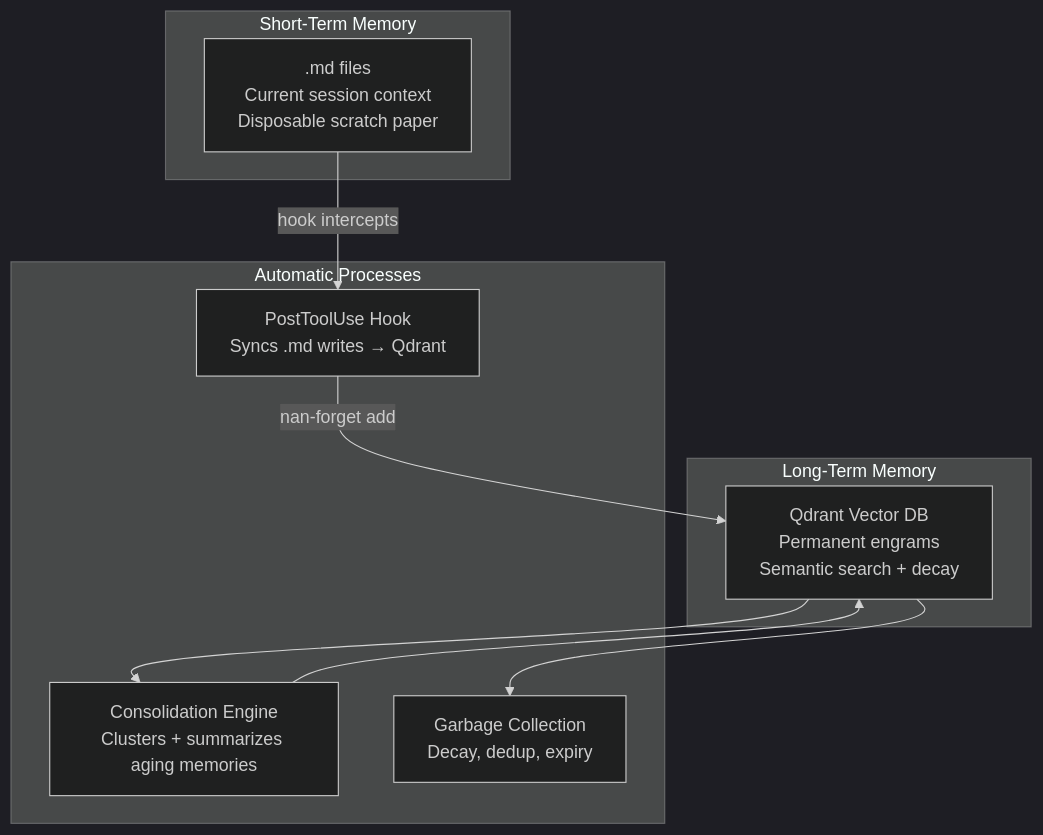
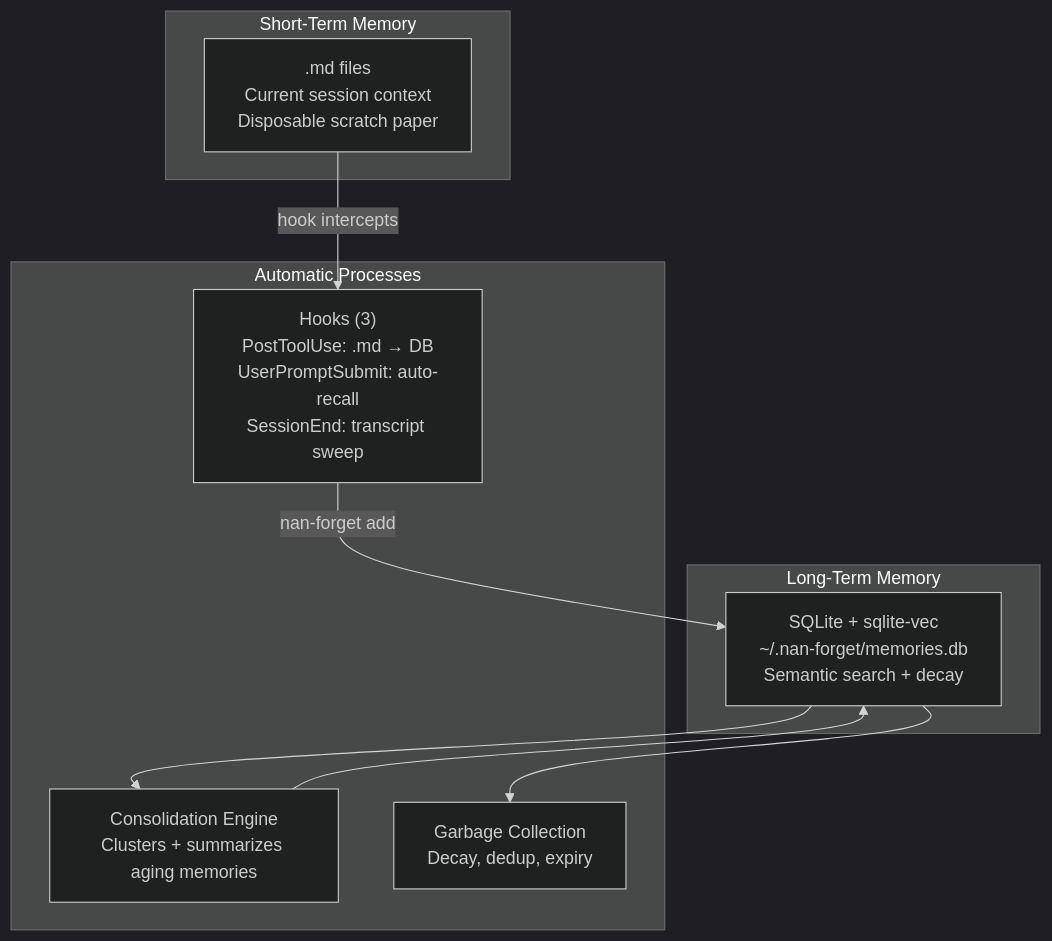
The second of 5 diagrams in README.md (NaNMesh/nan-forget), drawn with Mermaid (dark theme) before and after one commit. The commit also changed other lines of this file and 21 other files, not shown here.

First line of the commit message:
feat: replace Qdrant+Docker with SQLite-vec — zero Docker, single file storage

````diff
--- a/README.md
+++ b/README.md
@@ -140,19 +142,19 @@
 ```mermaid
 flowchart TB
     subgraph Short["Short-Term Memory"]
         MD[".md files<br/>Current session context<br/>Disposable scratch paper"]
     end
     subgraph Long["Long-Term Memory"]
-        QD["Qdrant Vector DB<br/>Permanent engrams<br/>Semantic search + decay"]
+        DB["SQLite + sqlite-vec<br/>~/.nan-forget/memories.db<br/>Semantic search + decay"]
     end
     subgraph Auto["Automatic Processes"]
-        Hook["PostToolUse Hook<br/>Syncs .md writes → Qdrant"]
+        Hook["Hooks (3)<br/>PostToolUse: .md → DB<br/>UserPromptSubmit: auto-recall<br/>SessionEnd: transcript sweep"]
         Consolidate["Consolidation Engine<br/>Clusters + summarizes aging memories"]
         GC["Garbage Collection<br/>Decay, dedup, expiry"]
     end
     MD -->|"hook intercepts"| Hook
-    Hook -->|"nan-forget add"| QD
-    QD --> Consolidate
-    Consolidate --> QD
-    QD --> GC
+    Hook -->|"nan-forget add"| DB
+    DB --> Consolidate
+    Consolidate --> DB
+    DB --> GC
 ```
````
